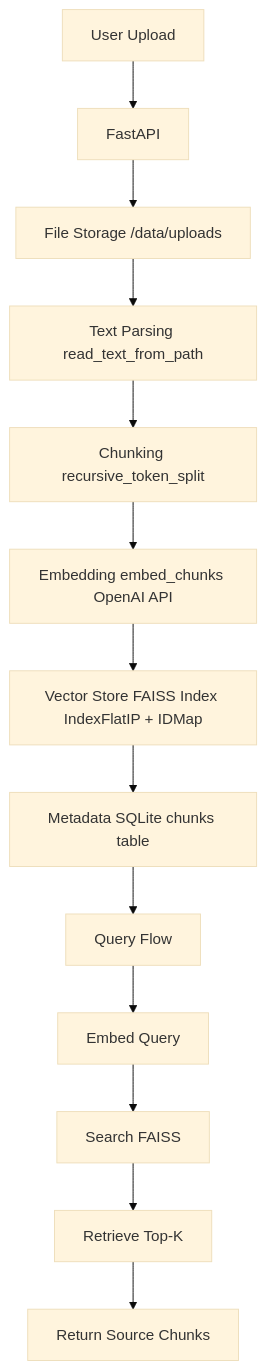
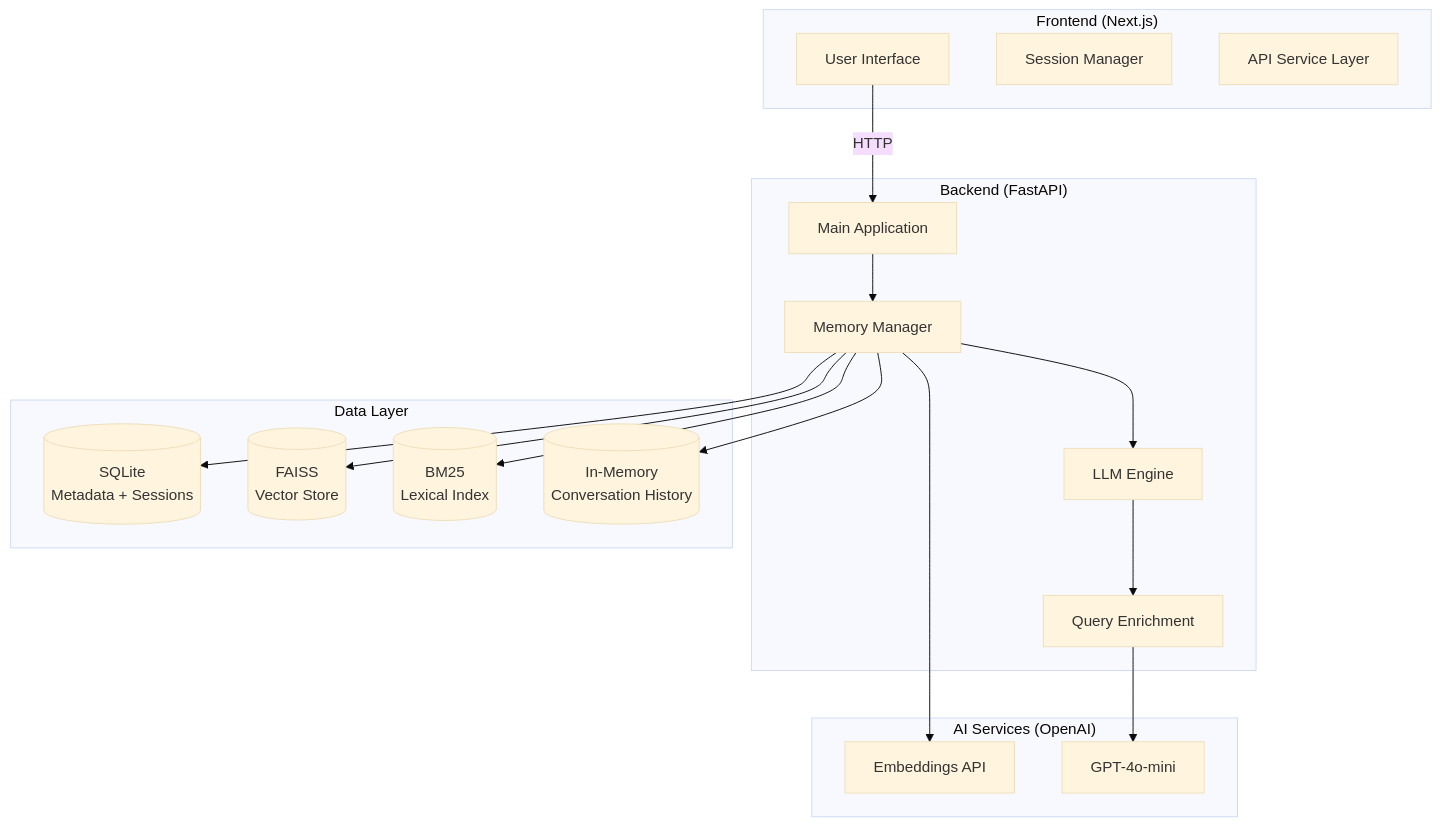
The first of 2 diagrams in README.md (The-Digital-Alchemist/multi-doc-rag), drawn with Mermaid (base theme) before and after one commit. The commit also changed other lines of this file, not shown here.

````diff
--- a/README.md
+++ b/README.md
@@ -20,15 +59,38 @@
 ```mermaid
-graph TD
-    A[User Upload] --> B[FastAPI]
-    B --> C[File Storage /data/uploads]
-    C --> D[Text Parsing read_text_from_path]
-    D --> E[Chunking recursive_token_split]
-    E --> F[Embedding embed_chunks OpenAI API]
-    F --> G[Vector Store FAISS Index IndexFlatIP + IDMap]
-    G --> H[Metadata SQLite chunks table]
-    H --> I[Query Flow]
-    I --> J[Embed Query]
-    J --> K[Search FAISS]
-    K --> L[Retrieve Top-K]
-    L --> M[Return Source Chunks]
+graph TB
+    subgraph "Frontend (Next.js)"
+        UI[User Interface]
+        SessionMgr[Session Manager]
+        API[API Service Layer]
+    end
+    
+    subgraph "Backend (FastAPI)"
+        Main[Main Application]
+        MemoryMgr[Memory Manager]
+        LLM[LLM Engine]
+        Enrich[Query Enrichment]
+    end
+    
+    subgraph "Data Layer"
+        SQLite[(SQLite<br/>Metadata + Sessions)]
+        FAISS[(FAISS<br/>Vector Store)]
+        BM25[(BM25<br/>Lexical Index)]
+        Memory[(In-Memory<br/>Conversation History)]
+    end
+    
+    subgraph "AI Services (OpenAI)"
+        Embed[Embeddings API]
+        GPT[GPT-4o-mini]
+    end
+    
+    UI -->|HTTP| Main
+    Main --> MemoryMgr
+    MemoryMgr --> SQLite
+    MemoryMgr --> FAISS
+    MemoryMgr --> BM25
+    MemoryMgr --> Memory
+    MemoryMgr --> LLM
+    LLM --> Enrich
+    Enrich --> GPT
+    MemoryMgr --> Embed
 ```
````
